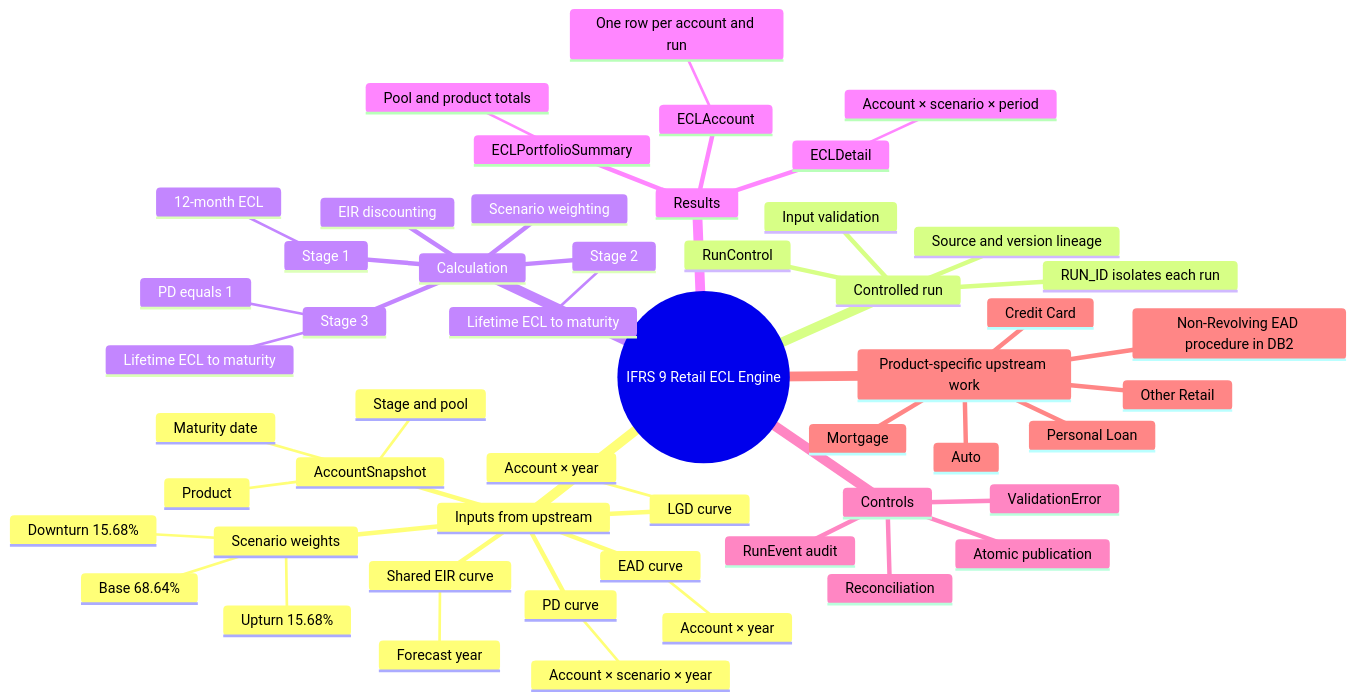
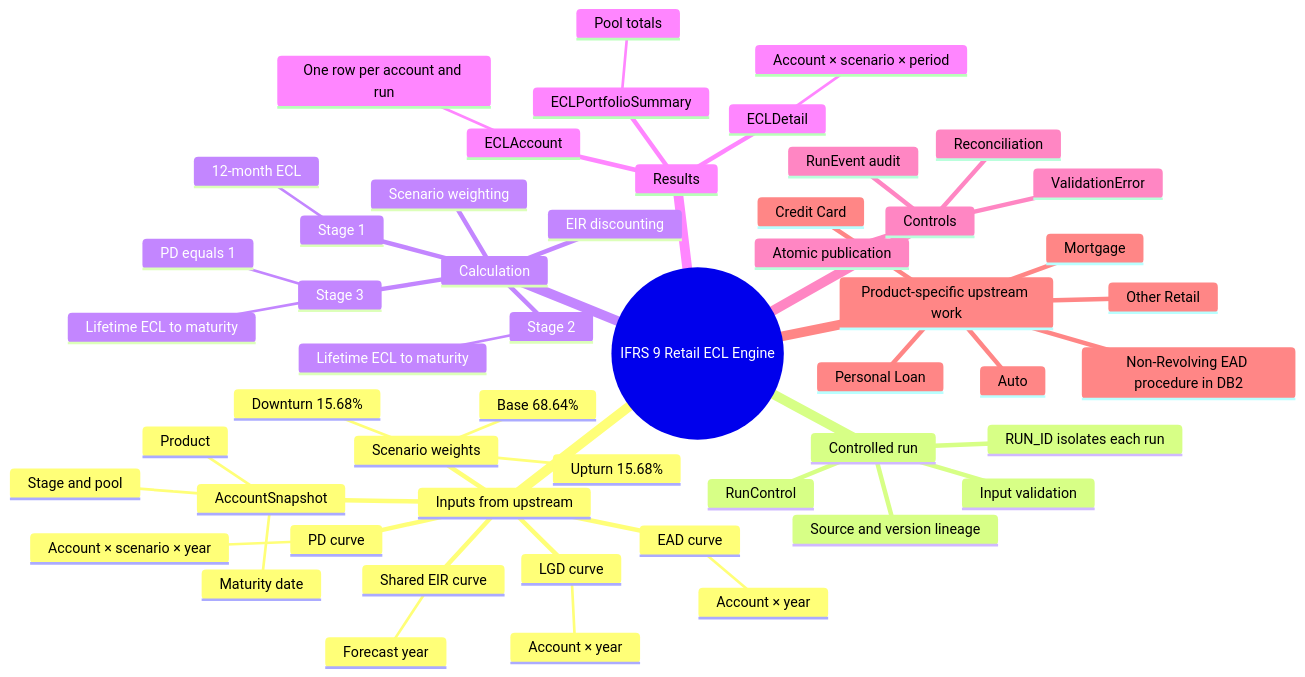
The first of 2 diagrams in README.md (nguyenngocbinh/ifrs9-retail-ecl-engine), drawn with Mermaid before and after one commit. The commit also changed other lines of this file, not shown here.

Commit message:
docs: simplify pool aggregation wording

````diff
--- a/README.md
+++ b/README.md
@@ -21,55 +21,55 @@
 ```mermaid
 mindmap
   root((IFRS 9 Retail ECL Engine))
     Inputs from upstream
       AccountSnapshot
         Product
         Stage and pool
         Maturity date
       PD curve
         Account × scenario × year
       LGD curve
         Account × year
       EAD curve
         Account × year
       Shared EIR curve
         Forecast year
       Scenario weights
         Downturn 15.68%
         Base 68.64%
         Upturn 15.68%
     Controlled run
       RunControl
       RUN_ID isolates each run
       Input validation
       Source and version lineage
     Calculation
       Stage 1
         12-month ECL
       Stage 2
         Lifetime ECL to maturity
       Stage 3
         PD equals 1
         Lifetime ECL to maturity
       Scenario weighting
       EIR discounting
     Results
       ECLDetail
         Account × scenario × period
       ECLAccount
         One row per account and run
       ECLPortfolioSummary
-        Pool and product totals
+        Pool totals
     Controls
       Reconciliation
       ValidationError
       RunEvent audit
       Atomic publication
     Product-specific upstream work
       Mortgage
       Auto
       Credit Card
       Personal Loan
       Other Retail
       Non-Revolving EAD procedure in DB2
 ```
````
